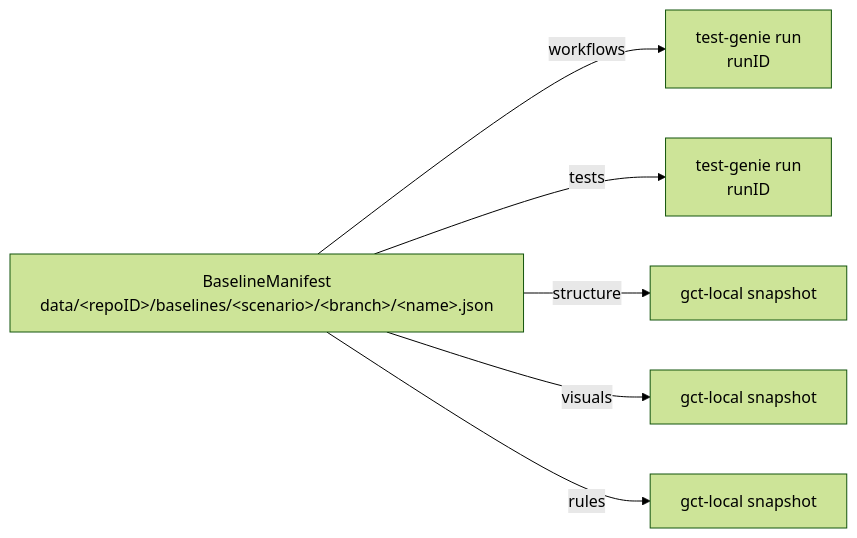
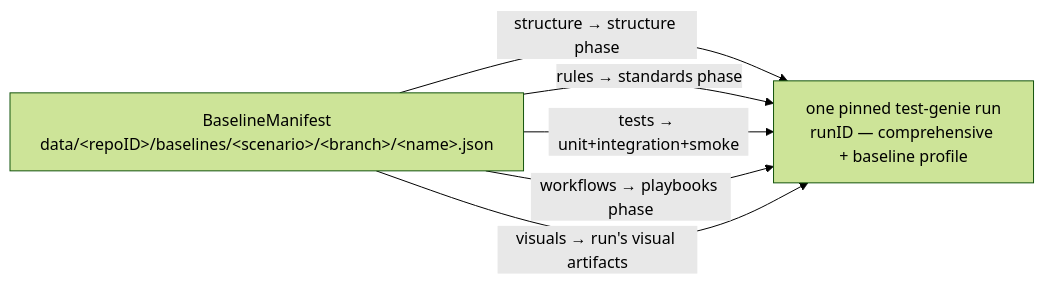
One commit to Vrooli/Vrooli changed the first of 2 diagrams in scenarios/git-control-tower/docs/baseline-model.md. Above: the diagram before and after it, drawn with Mermaid (forest theme). The commit also changed other lines of this file and 131 other files, not shown here.

````diff
--- a/scenarios/git-control-tower/docs/baseline-model.md
+++ b/scenarios/git-control-tower/docs/baseline-model.md
@@ -17,9 +21,10 @@
 ```mermaid
 flowchart LR
   B[BaselineManifest<br/>data/&lt;repoID&gt;/baselines/&lt;scenario&gt;/&lt;branch&gt;/&lt;name&gt;.json]
-  B -->|workflows| TG1[test-genie run<br/>runID]
-  B -->|tests| TG2[test-genie run<br/>runID]
-  B -->|structure| GS1[gct-local snapshot]
-  B -->|visuals| GS2[gct-local snapshot]
-  B -->|rules| GS3[gct-local snapshot]
+  R[one pinned test-genie run<br/>runID — comprehensive + baseline profile]
+  B -->|structure → structure phase| R
+  B -->|rules → standards phase| R
+  B -->|tests → unit+integration+smoke| R
+  B -->|workflows → playbooks phase| R
+  B -->|visuals → run's visual artifacts| R
 ```
````
